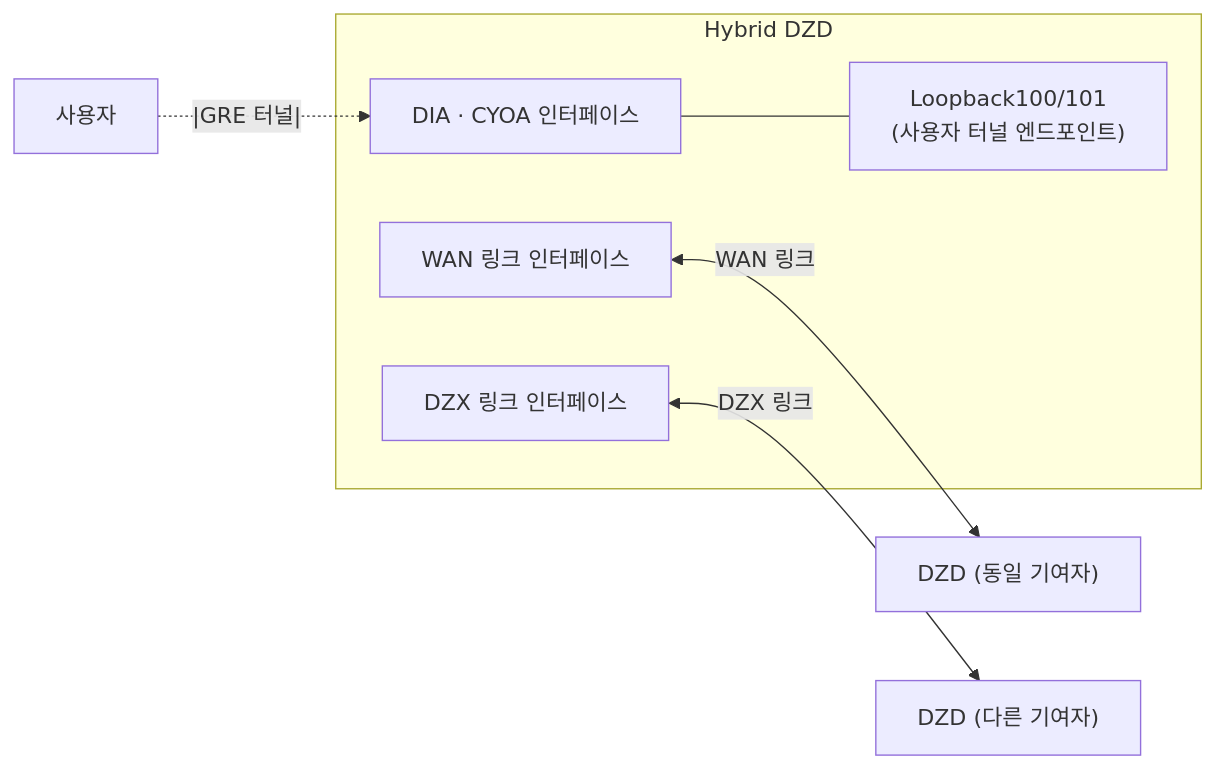
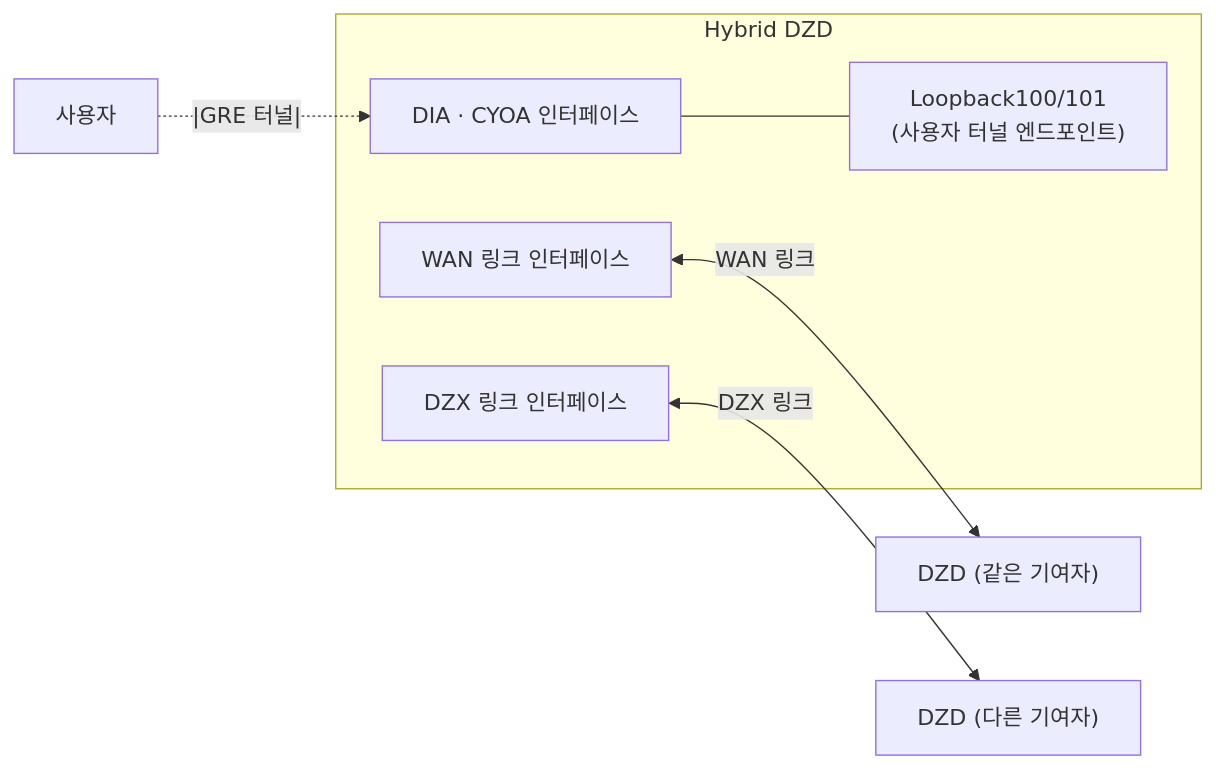
Before and after one commit to malbeclabs/docs: the seventh of 7 diagrams in docs/contribute-provisioning.ko.md, drawn with Mermaid. The commit also changed other lines of this file and 27 other files, not shown here.

````diff
--- a/docs/contribute-provisioning.ko.md
+++ b/docs/contribute-provisioning.ko.md
@@ -347,14 +313,14 @@
 ```mermaid
 flowchart LR
     subgraph HDZD[Hybrid DZD]
         H_CYOA["DIA · CYOA 인터페이스"]
         H_TUN["Loopback100/101
         (사용자 터널 엔드포인트)"]
         H_WAN["WAN 링크 인터페이스"]
         H_DZX["DZX 링크 인터페이스"]
         H_CYOA --- H_TUN
     end
     HU["사용자"] -.|GRE 터널|.-> H_CYOA
-    H_WAN <-->|WAN 링크| H2["DZD (동일 기여자)"]
+    H_WAN <-->|WAN 링크| H2["DZD (같은 기여자)"]
     H_DZX <-->|DZX 링크| HD["DZD (다른 기여자)"]
 ```
````
